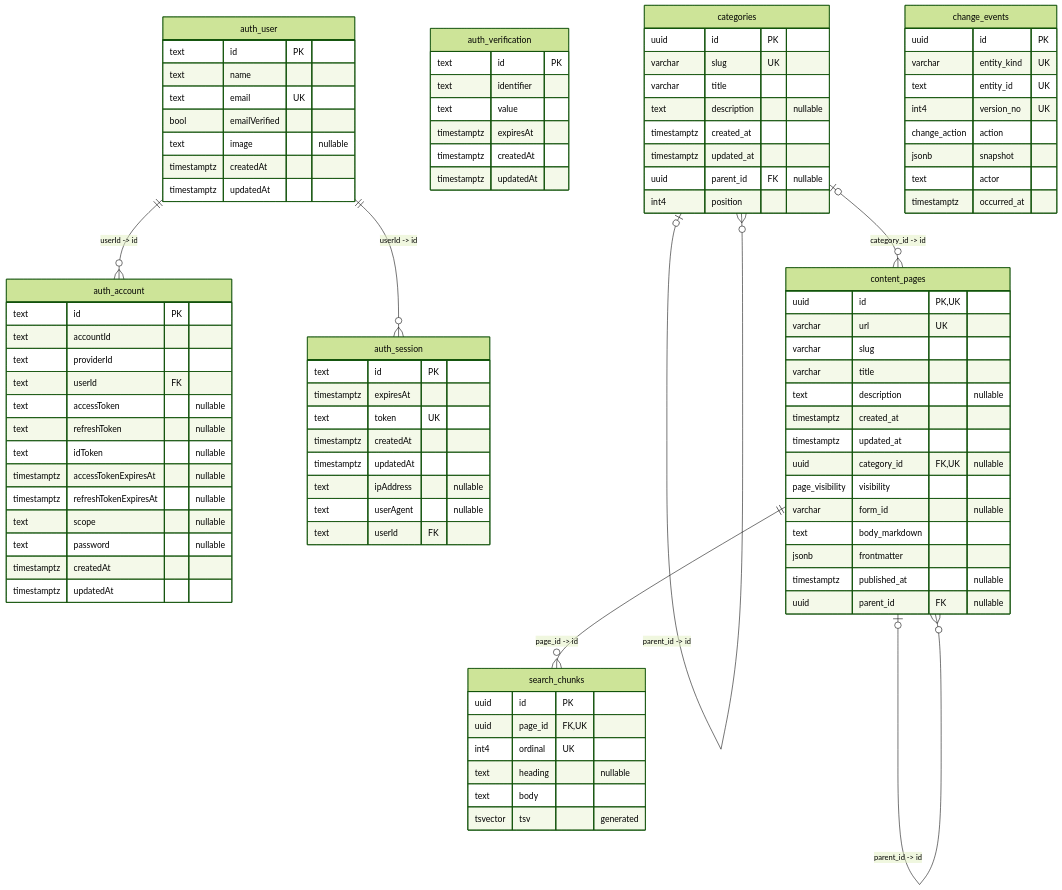
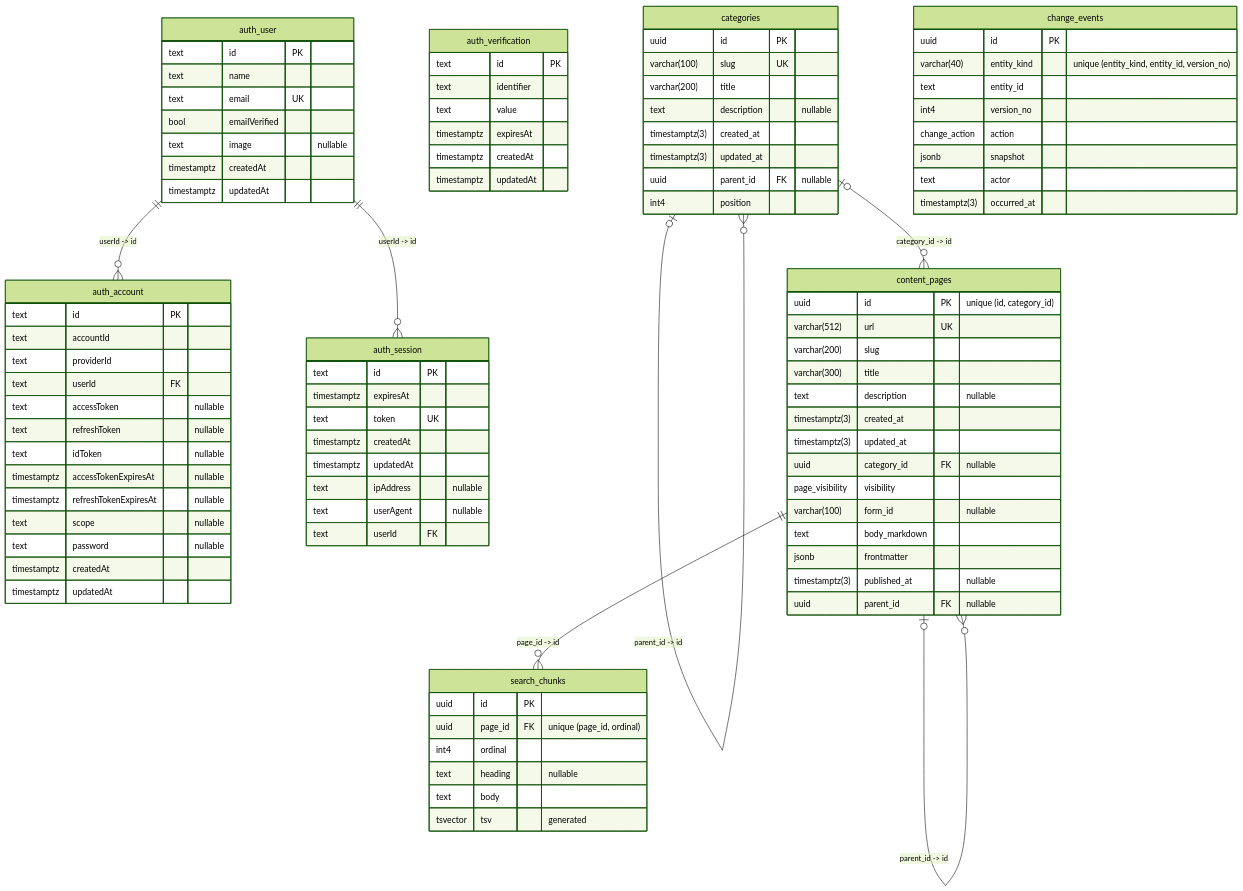
One commit to govtech-bb/gov-bb changed the diagram in apps/api_v2/README.md. Above: the diagram before and after it, drawn with Mermaid (forest theme). The commit also changed 1 other file, not shown here.

Commit message:
fix(api_v2): note multi-column unique keys and keep type modifiers in the ERD
Second review round: mark UK only on single-column unique keys and note a
multi-column key on its first column, since UK on each column read as if
each were unique alone. Keep length and precision (varchar(512),
timestamptz(3)), and read tables from current_schema() as the migrations do.

```diff
--- a/apps/api_v2/README.md
+++ b/apps/api_v2/README.md
@@ -107,44 +107,44 @@
   }
   categories {
     uuid id PK
-    varchar slug UK
-    varchar title
+    varchar(100) slug UK
+    varchar(200) title
     text description "nullable"
-    timestamptz created_at
-    timestamptz updated_at
+    timestamptz(3) created_at
+    timestamptz(3) updated_at
     uuid parent_id FK "nullable"
     int4 position
   }
   change_events {
     uuid id PK
-    varchar entity_kind UK
-    text entity_id UK
-    int4 version_no UK
+    varchar(40) entity_kind "unique (entity_kind, entity_id, version_no)"
+    text entity_id
+    int4 version_no
     change_action action
     jsonb snapshot
     text actor
-    timestamptz occurred_at
+    timestamptz(3) occurred_at
   }
   content_pages {
-    uuid id PK, UK
-    varchar url UK
-    varchar slug
-    varchar title
+    uuid id PK "unique (id, category_id)"
+    varchar(512) url UK
+    varchar(200) slug
+    varchar(300) title
     text description "nullable"
-    timestamptz created_at
-    timestamptz updated_at
-    uuid category_id FK, UK "nullable"
+    timestamptz(3) created_at
+    timestamptz(3) updated_at
+    uuid category_id FK "nullable"
     page_visibility visibility
-    varchar form_id "nullable"
+    varchar(100) form_id "nullable"
     text body_markdown
     jsonb frontmatter
-    timestamptz published_at "nullable"
+    timestamptz(3) published_at "nullable"
     uuid parent_id FK "nullable"
   }
   search_chunks {
     uuid id PK
-    uuid page_id FK, UK
-    int4 ordinal UK
+    uuid page_id FK "unique (page_id, ordinal)"
+    int4 ordinal
     text heading "nullable"
     text body
     tsvector tsv "generated"
```
